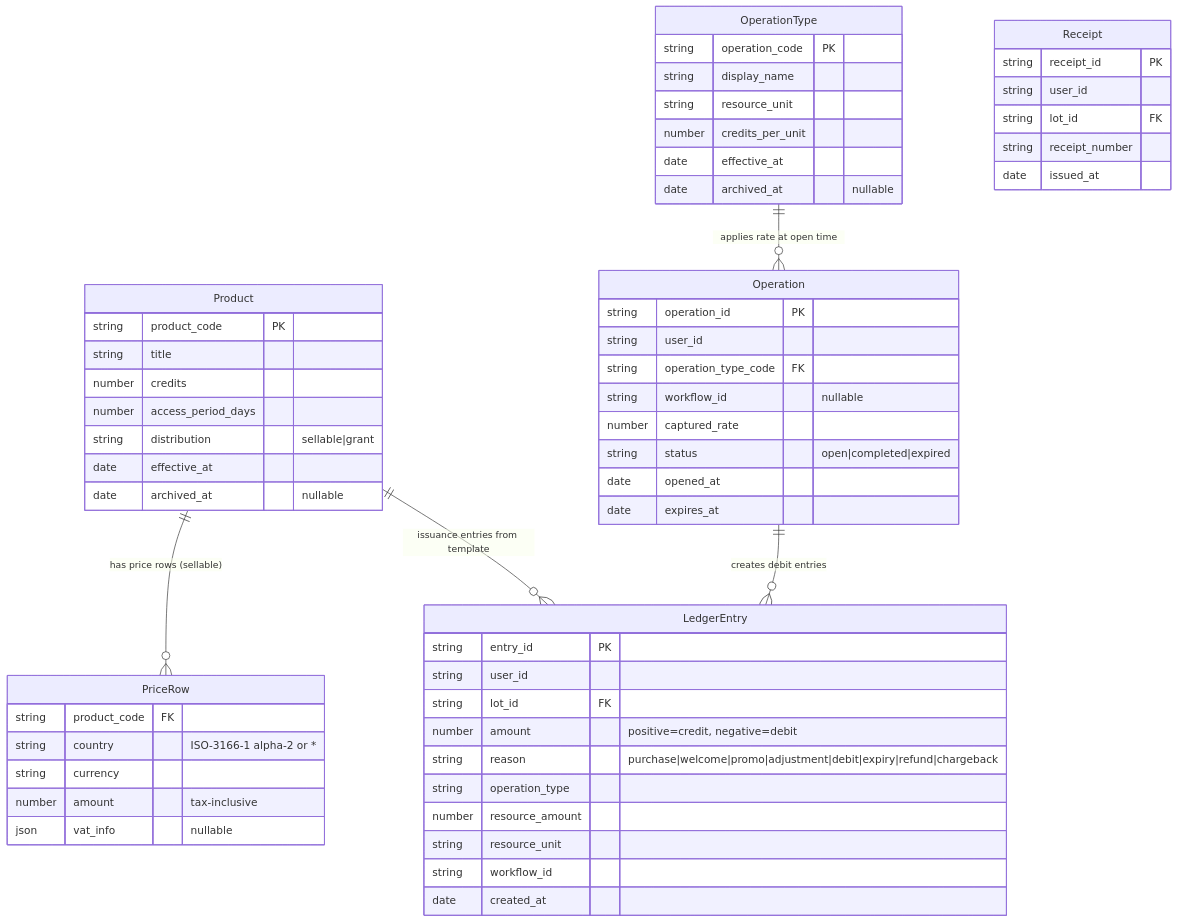
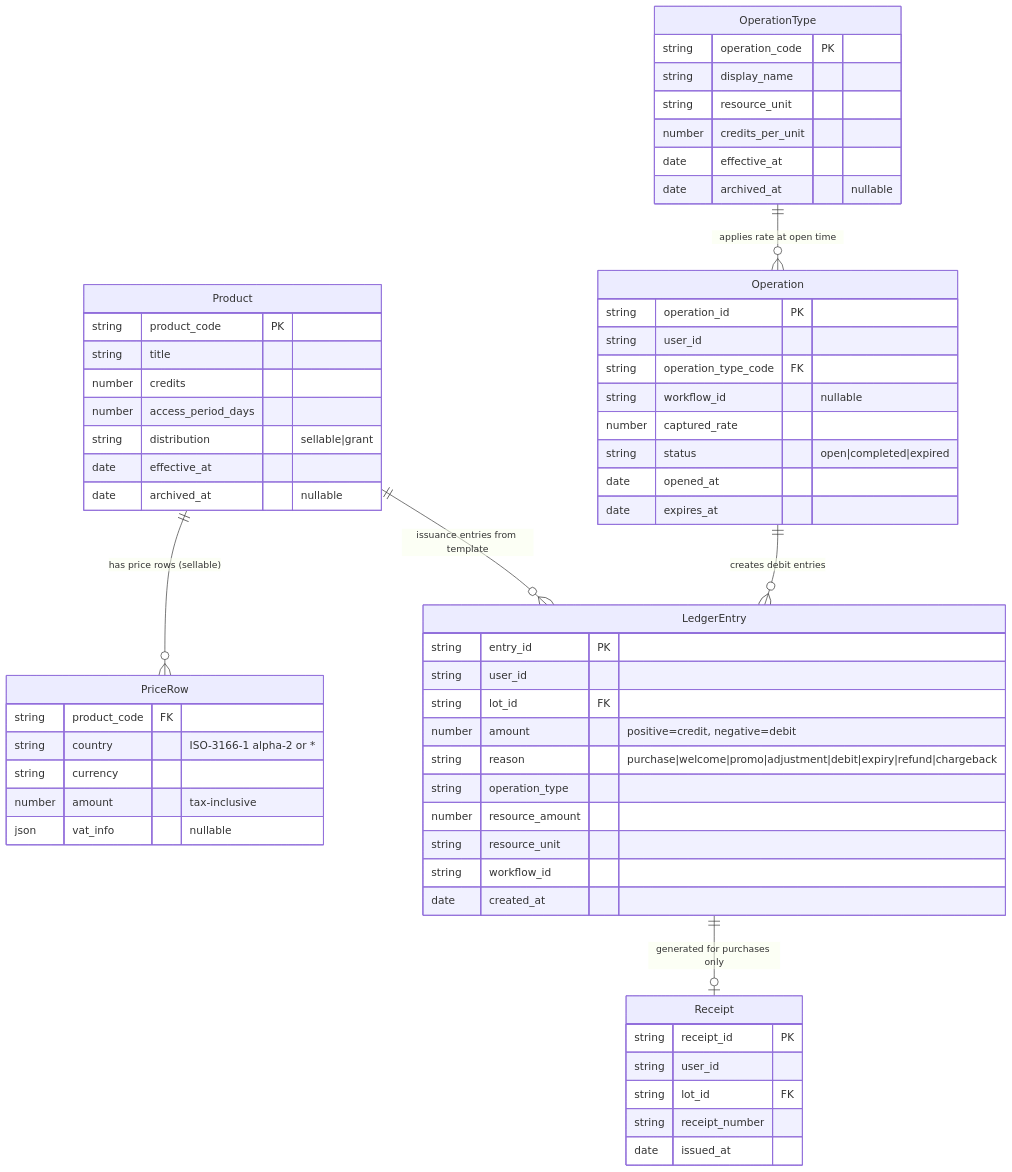
The first of 4 diagrams in knowledge/tech-solution/01_business_domain_architecture.md (dimdasci/credit-system), drawn with Mermaid before and after one commit. The commit also changed other lines of this file, not shown here.

Commit message:
Fixed mermaid diagram errors

````diff
--- a/knowledge/tech-solution/01_business_domain_architecture.md
+++ b/knowledge/tech-solution/01_business_domain_architecture.md
@@ -820,66 +820,67 @@
 ```mermaid
 erDiagram
     Product {
         string product_code PK
         string title
         number credits
         number access_period_days
         string distribution "sellable|grant"
         date effective_at
         date archived_at "nullable"
     }
     
     PriceRow {
         string product_code FK
         string country "ISO-3166-1 alpha-2 or *"
         string currency
         number amount "tax-inclusive"
         json   vat_info "nullable"
     }
     
     LedgerEntry {
         string entry_id PK
         string user_id
         string lot_id FK
         number amount "positive=credit, negative=debit"
         string reason "purchase|welcome|promo|adjustment|debit|expiry|refund|chargeback"
         string operation_type
         number resource_amount
         string resource_unit
         string workflow_id
         date created_at
     }
     
     Operation {
         string operation_id PK
         string user_id
         string operation_type_code FK
         string workflow_id "nullable"
         number captured_rate
         string status "open|completed|expired"
         date opened_at
         date expires_at
     }
     
     OperationType {
         string operation_code PK
         string display_name
         string resource_unit
         number credits_per_unit
         date effective_at
         date archived_at "nullable"
     }
     
     Receipt {
         string receipt_id PK
         string user_id
         string lot_id FK
         string receipt_number
         date issued_at
     }
     
     OperationType ||--o{ Operation : "applies rate at open time"
     Product ||--o{ LedgerEntry : "issuance entries from template"
     Product ||--o{ PriceRow : "has price rows (sellable)"
     Operation ||--o{ LedgerEntry : "creates debit entries"
+    LedgerEntry ||--o| Receipt : "generated for purchases only"
 ```
````
